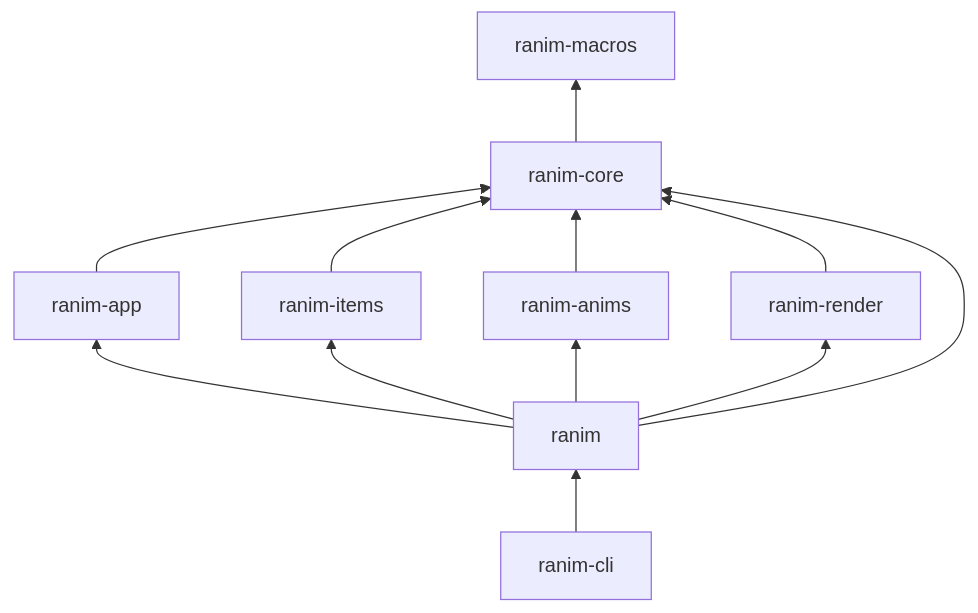
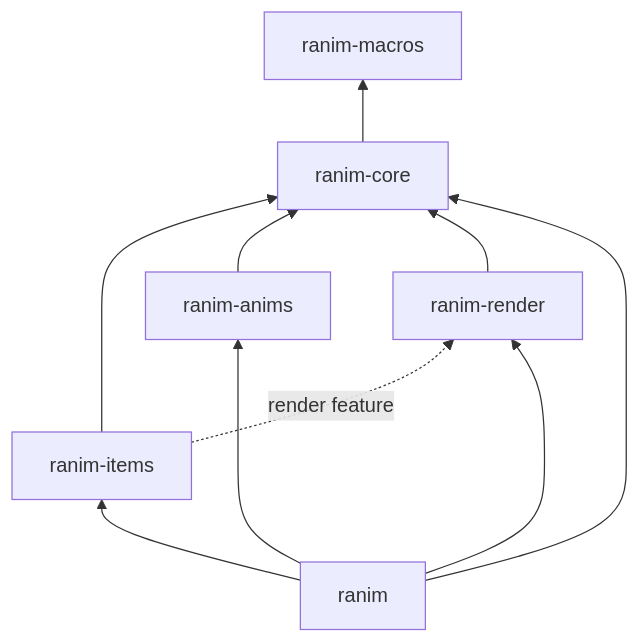
One commit to AzurIce/ranim changed the diagram in book/src/packages.md. Above: the diagram before and after it, drawn with Mermaid. The commit also changed other lines of this file and 233 other files, not shown here.

````diff
--- a/book/src/packages.md
+++ b/book/src/packages.md
@@ -20,15 +18,13 @@
 ```mermaid
 graph BT
     macros[ranim-macros]
     core[ranim-core] --> macros
-    app[ranim-app] --> core
     items[ranim-items] --> core
+    items -. "render feature" .-> render
     anims[ranim-anims] --> core
     render[ranim-render] --> core
     ranim[ranim] --> core
-    ranim --> app
     ranim --> items
     ranim --> anims
     ranim --> render
-    cli[ranim-cli] --> ranim
 ```
````
